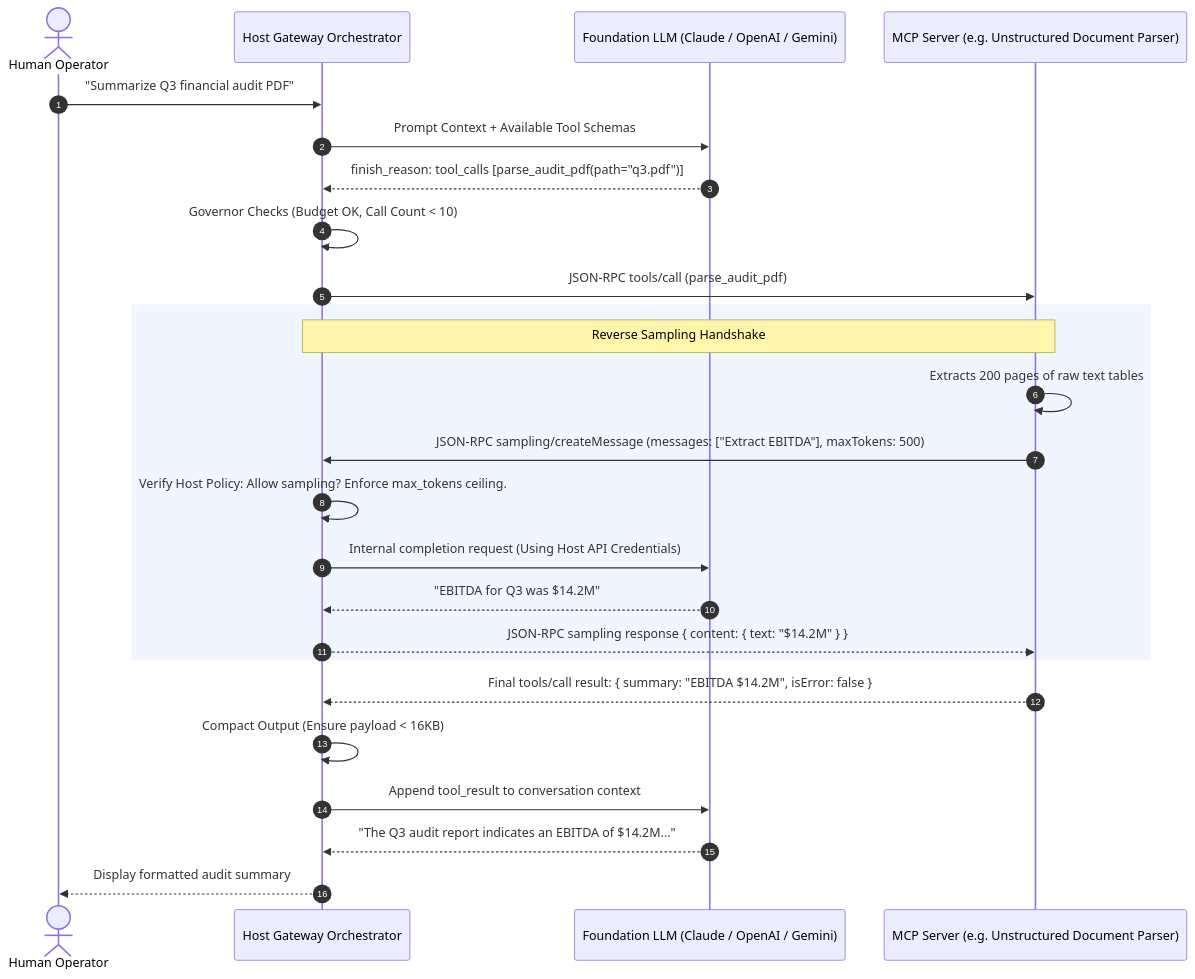
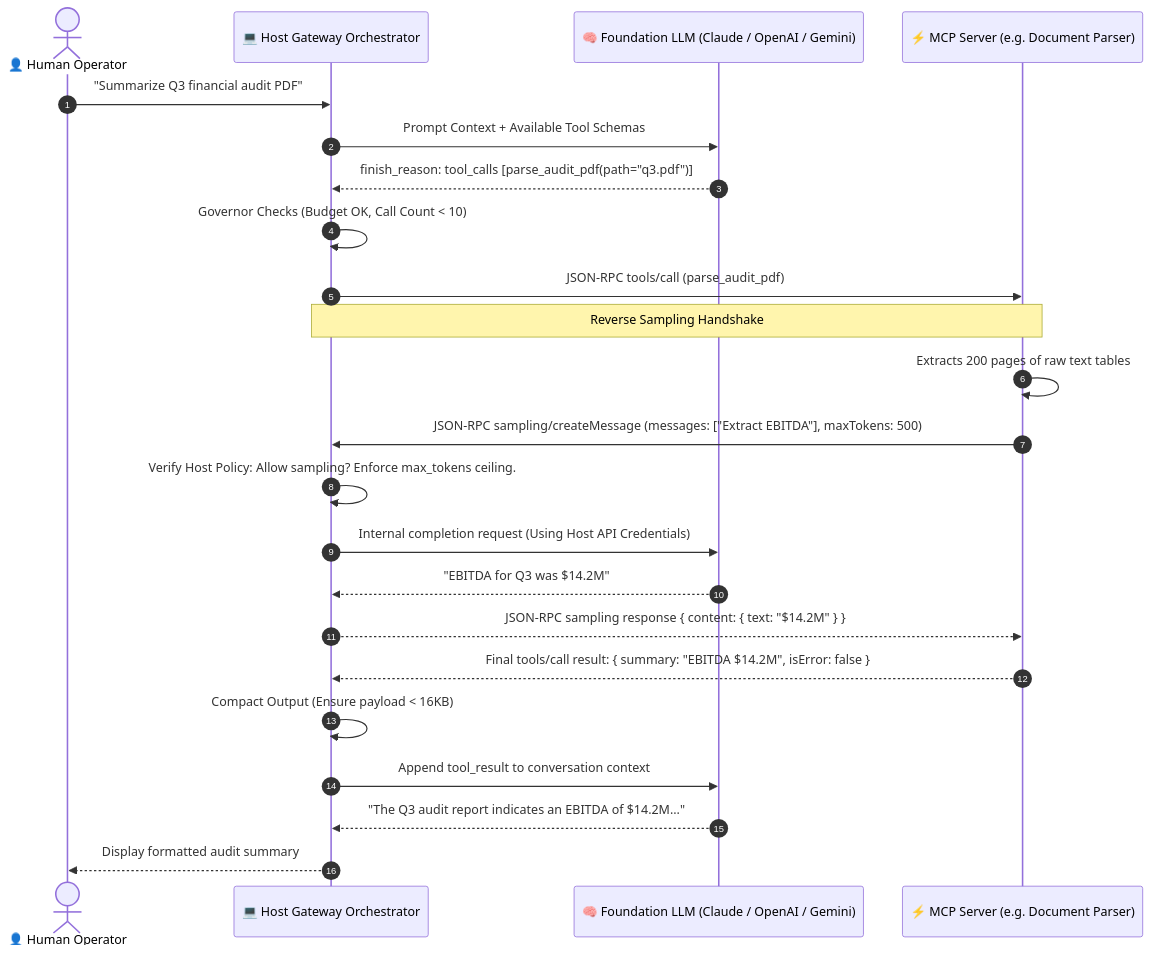
The diagram in 03-tools-and-model-context-protocol/04-reverse-sampling-and-host-orchestration.md (dip4k/senior-engineer-to-ai-engineer-roadmap), drawn with Mermaid before and after one commit. The commit also changed other lines of this file and 39 other files, not shown here.

First line of the commit message:
feat(curriculum): upgrade mermaid diagrams with unicode icons & codify anti-bloat layout rules

````diff
--- a/03-tools-and-model-context-protocol/04-reverse-sampling-and-host-orchestration.md
+++ b/03-tools-and-model-context-protocol/04-reverse-sampling-and-host-orchestration.md
@@ -43,32 +47,30 @@
 ```mermaid
 sequenceDiagram
     autonumber
-    actor User as Human Operator
-    participant Host as Host Gateway Orchestrator
-    participant PrimaryLLM as Foundation LLM (Claude / OpenAI / Gemini)
-    participant Server as MCP Server (e.g. Unstructured Document Parser)
+    actor User as 👤 Human Operator
+    participant Host as 💻 Host Gateway Orchestrator
+    participant PrimaryLLM as 🧠 Foundation LLM (Claude / OpenAI / Gemini)
+    participant Server as ⚡ MCP Server (e.g. Document Parser)
 
     User->>Host: "Summarize Q3 financial audit PDF"
     Host->>PrimaryLLM: Prompt Context + Available Tool Schemas
     PrimaryLLM-->>Host: finish_reason: tool_calls [parse_audit_pdf(path="q3.pdf")]
     
     Host->>Host: Governor Checks (Budget OK, Call Count < 10)
     Host->>Server: JSON-RPC tools/call (parse_audit_pdf)
     
-    rect rgb(240, 245, 255)
     Note over Host,Server: Reverse Sampling Handshake
     Server->>Server: Extracts 200 pages of raw text tables
     Server->>Host: JSON-RPC sampling/createMessage (messages: ["Extract EBITDA"], maxTokens: 500)
     
     Host->>Host: Verify Host Policy: Allow sampling? Enforce max_tokens ceiling.
     Host->>PrimaryLLM: Internal completion request (Using Host API Credentials)
     PrimaryLLM-->>Host: "EBITDA for Q3 was $14.2M"
     Host-->>Server: JSON-RPC sampling response { content: { text: "$14.2M" } }
-    end
 
     Server-->>Host: Final tools/call result: { summary: "EBITDA $14.2M", isError: false }
     Host->>Host: Compact Output (Ensure payload < 16KB)
     Host->>PrimaryLLM: Append tool_result to conversation context
     PrimaryLLM-->>Host: "The Q3 audit report indicates an EBITDA of $14.2M..."
     Host-->>User: Display formatted audit summary
 ```
````
